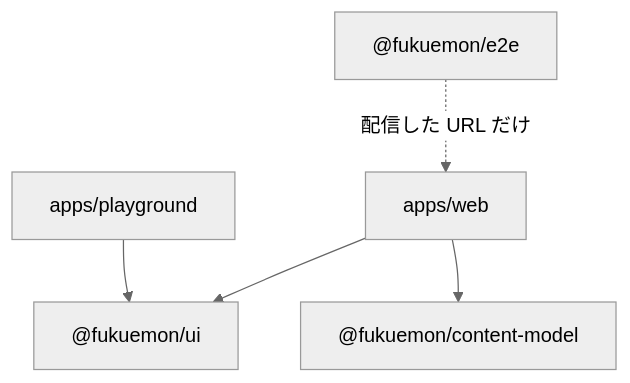
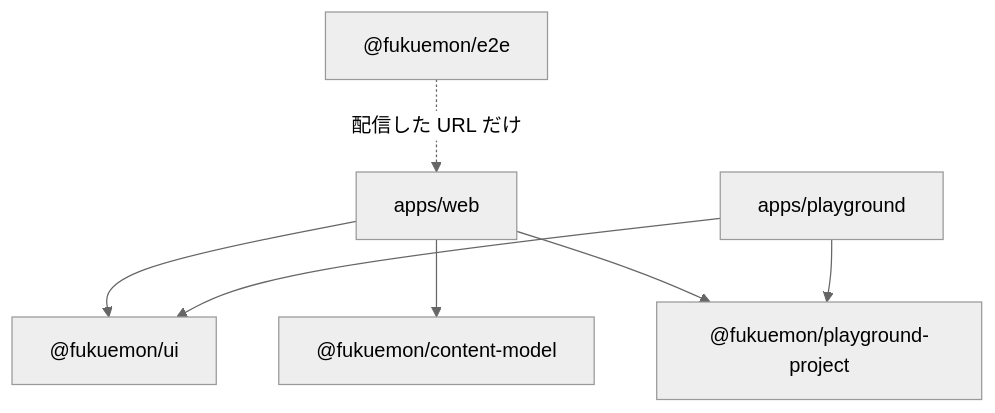
One commit to Fukuemon/fukuemon.dev changed the second of 2 diagrams in design/DesignDoc.md. Above: the diagram before and after it, drawn with Mermaid (neutral theme). The commit also changed other lines of this file and 11 other files, not shown here.

First line of the commit message:
docs(adr): architecture と文章のレビューの指摘を、ADR と Design Doc に反映する #93

````diff
--- a/design/DesignDoc.md
+++ b/design/DesignDoc.md
@@ -116,7 +117,9 @@
 ```mermaid
 flowchart TD
     web["apps/web"] --> ui["@fukuemon/ui"]
     play["apps/playground"] --> ui
     web --> cm["@fukuemon/content-model"]
+    web --> pp["@fukuemon/playground-project"]
+    play --> pp
     e2e["@fukuemon/e2e"] -. "配信した URL だけ" .-> web
 ```
````
